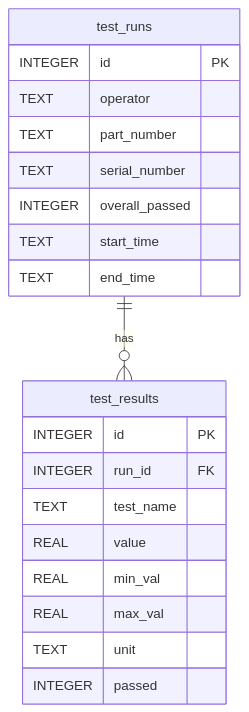
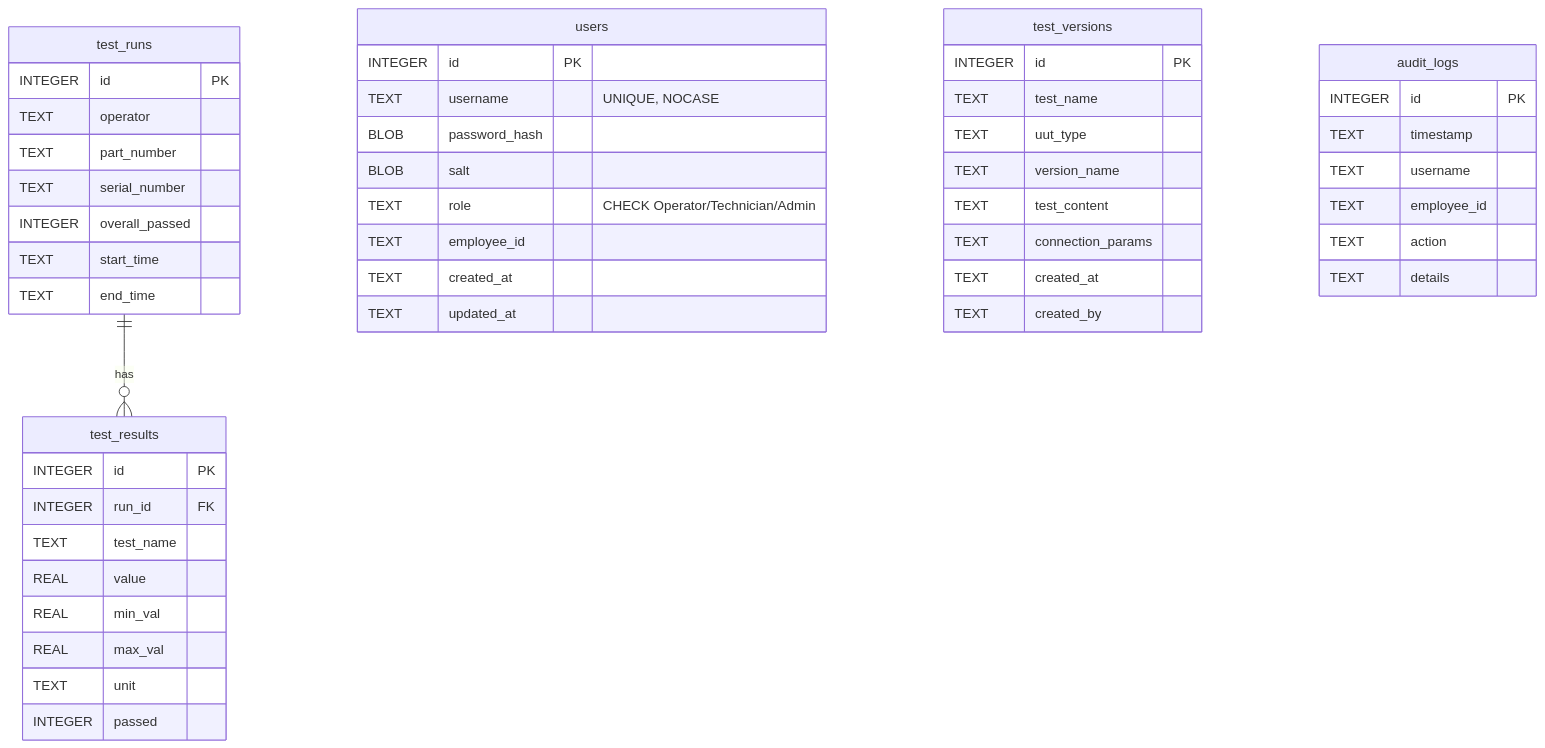
Before and after one commit to yitzchakdfx-debug/Biosend: the second of 4 diagrams in DOC/ARCHITECTURE_DEEP_DIVE.md, drawn with Mermaid. The commit also changed other lines of this file and 47 other files, not shown here.

````diff
--- a/DOC/ARCHITECTURE_DEEP_DIVE.md
+++ b/DOC/ARCHITECTURE_DEEP_DIVE.md
@@ -165,23 +188,51 @@
 ```mermaid
 erDiagram
     test_runs ||--o{ test_results : "has"
     test_runs {
         INTEGER id PK
         TEXT operator
         TEXT part_number
         TEXT serial_number
         INTEGER overall_passed
         TEXT start_time
         TEXT end_time
     }
     test_results {
         INTEGER id PK
         INTEGER run_id FK
         TEXT test_name
         REAL value
         REAL min_val
         REAL max_val
         TEXT unit
         INTEGER passed
     }
+    users {
+        INTEGER id PK
+        TEXT username "UNIQUE, NOCASE"
+        BLOB password_hash
+        BLOB salt
+        TEXT role "CHECK Operator/Technician/Admin"
+        TEXT employee_id
+        TEXT created_at
+        TEXT updated_at
+    }
+    test_versions {
+        INTEGER id PK
+        TEXT test_name
+        TEXT uut_type
+        TEXT version_name
+        TEXT test_content
+        TEXT connection_params
+        TEXT created_at
+        TEXT created_by
+    }
+    audit_logs {
+        INTEGER id PK
+        TEXT timestamp
+        TEXT username
+        TEXT employee_id
+        TEXT action
+        TEXT details
+    }
 ```
````
